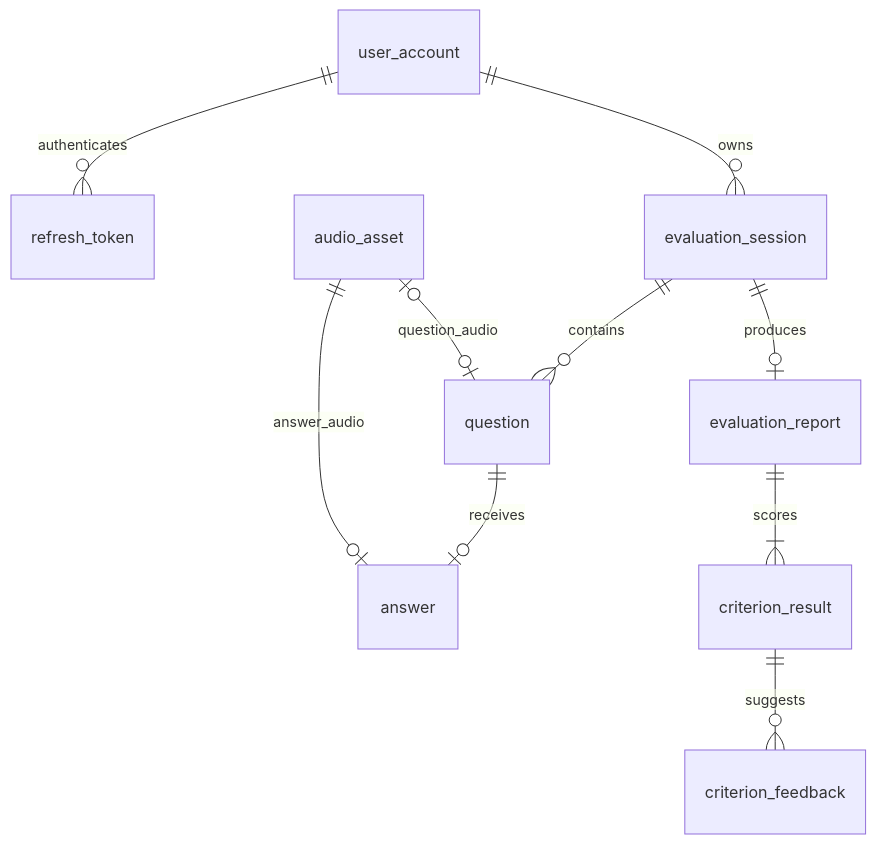
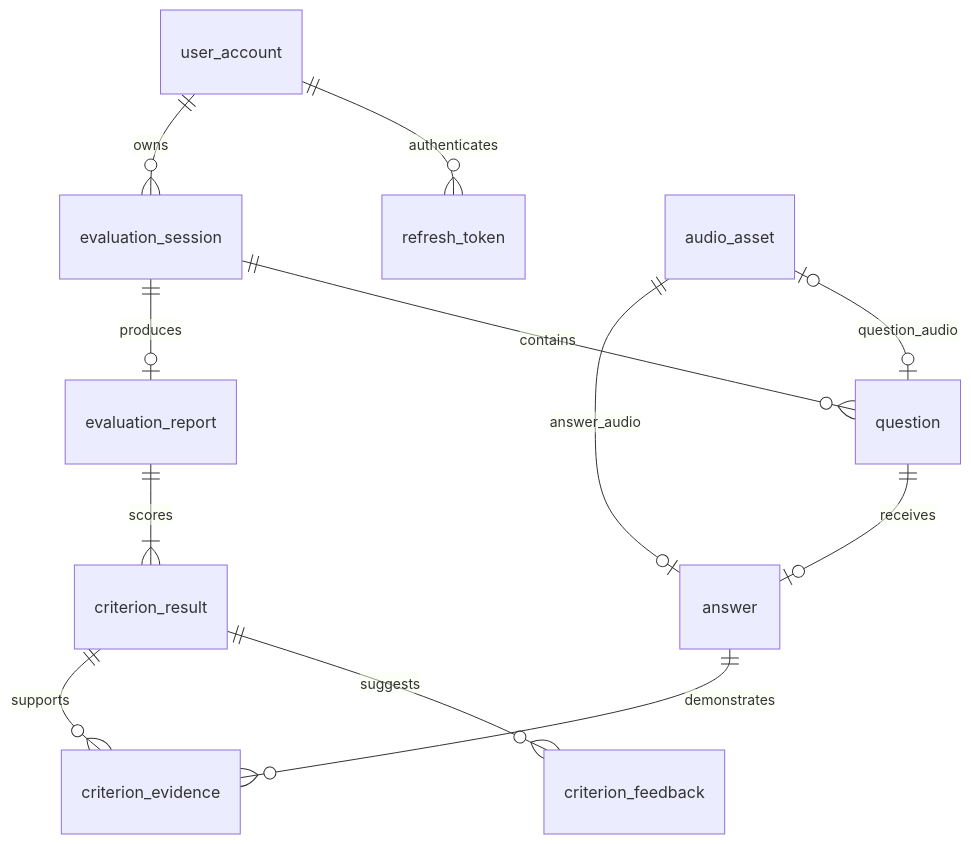
One commit to jspark-avatye/avatype-WEEK0 changed the diagram in docs/engineering/erd.md. Above: the diagram before and after it, drawn with Mermaid. The commit also changed other lines of this file and 205 other files, not shown here.

````diff
--- a/docs/engineering/erd.md
+++ b/docs/engineering/erd.md
@@ -9,12 +11,14 @@
 ```mermaid
 erDiagram
     user_account ||--o{ refresh_token : authenticates
     user_account ||--o{ evaluation_session : owns
     evaluation_session ||--o{ question : contains
     question ||--o| answer : receives
     audio_asset o|--o| question : question_audio
     audio_asset ||--o| answer : answer_audio
     evaluation_session ||--o| evaluation_report : produces
     evaluation_report ||--|{ criterion_result : scores
     criterion_result ||--o{ criterion_feedback : suggests
+    criterion_result ||--o{ criterion_evidence : supports
+    answer ||--o{ criterion_evidence : demonstrates
 ```
````
